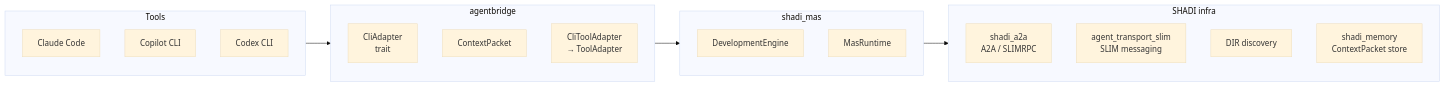
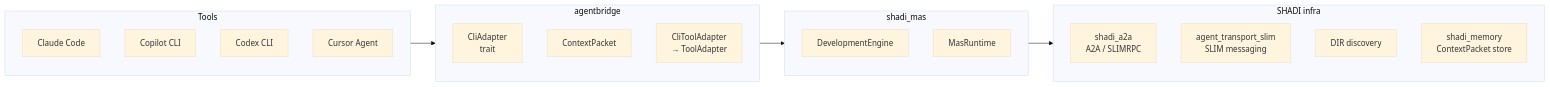
Before and after one commit to agntcy/shadi: the sixth of 6 diagrams in docs/architecture.md, drawn with Mermaid (base theme). The commit also changed other lines of this file, not shown here.

Commit message:
docs(architecture): rename Codebridge to agentbridge, add Cursor Agent

````diff
--- a/docs/architecture.md
+++ b/docs/architecture.md
@@ -522,30 +522,31 @@
 ```mermaid
 flowchart LR
   subgraph Tools
     C[Claude Code]
     P[Copilot CLI]
     D[Codex CLI]
+    CA[Cursor Agent]
   end
 
   subgraph Bridge[agentbridge]
     A[CliAdapter\ntrait]
     CP[ContextPacket]
     CTA[CliToolAdapter\n→ ToolAdapter]
   end
 
   subgraph Coordination[shadi_mas]
     DE[DevelopmentEngine]
     RT[MasRuntime]
   end
 
   subgraph Infra[SHADI infra]
     A2A[shadi_a2a\nA2A / SLIMRPC]
     SLIM[agent_transport_slim\nSLIM messaging]
     DIR[DIR discovery]
     MEM[shadi_memory\nContextPacket store]
   end
 
   Tools --> Bridge
   Bridge --> Coordination
   Coordination --> Infra
 ```
````
